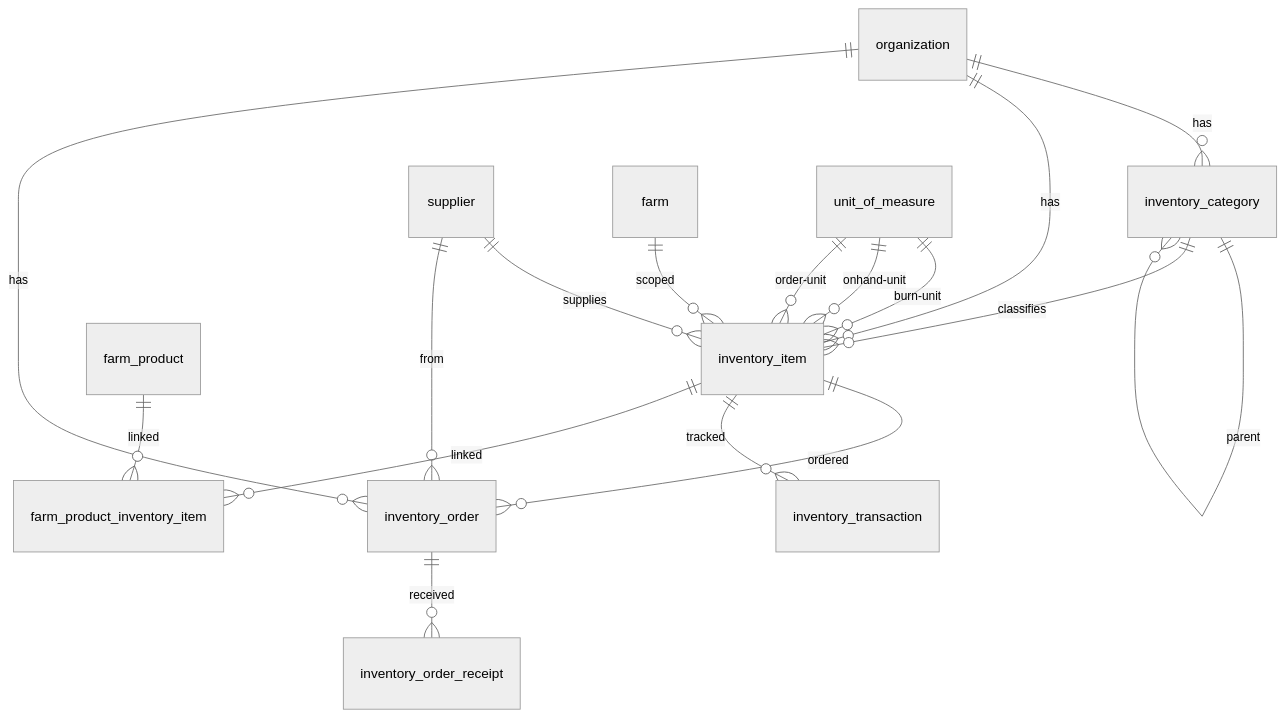
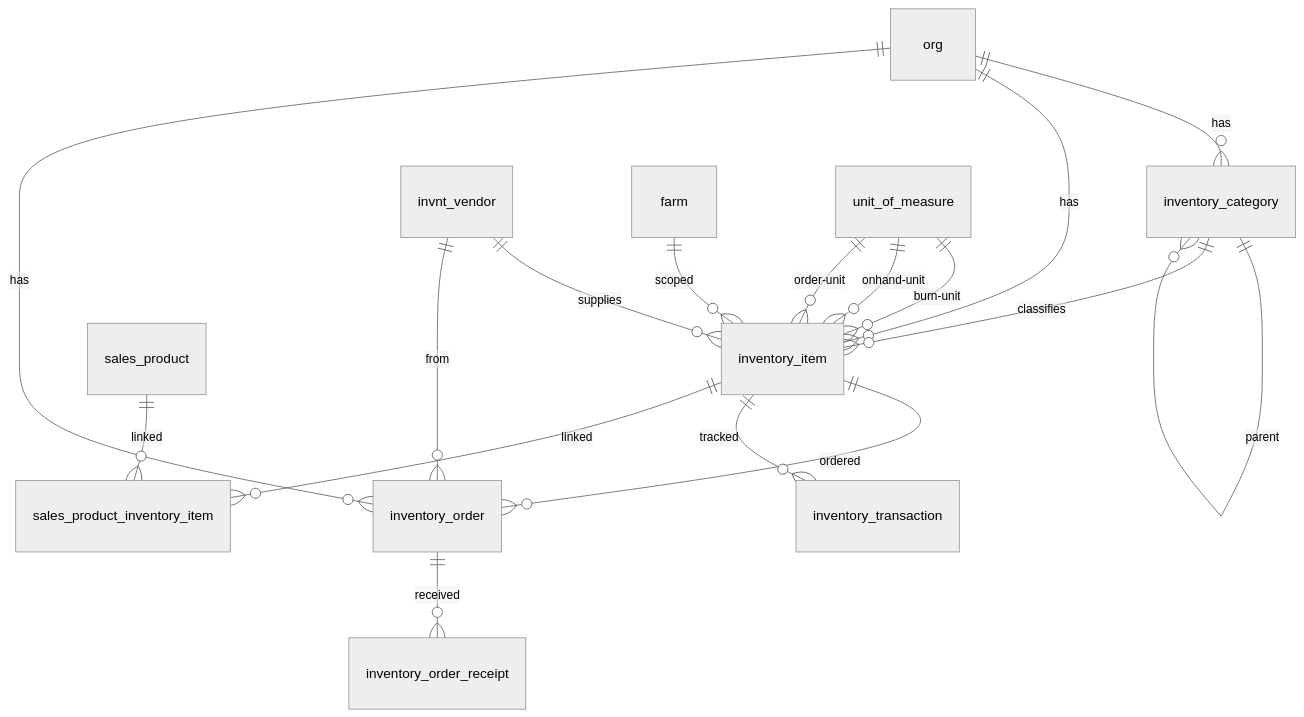
One commit to Hawaii-Farming/aloha-app changed the diagram in docs/schemas/inventory.md. Above: the diagram before and after it, drawn with Mermaid (neutral theme). The commit also changed other lines of this file and 25 other files, not shown here.

First line of the commit message:
Refactor core schema naming and add HR module

````diff
--- a/docs/schemas/inventory.md
+++ b/docs/schemas/inventory.md
@@ -7,19 +7,19 @@
 ```mermaid
 erDiagram
-    organization ||--o{ inventory_category : has
+    org ||--o{ inventory_category : has
     inventory_category ||--o{ inventory_category : parent
-    organization ||--o{ inventory_item : has
+    org ||--o{ inventory_item : has
     inventory_category ||--o{ inventory_item : classifies
-    supplier ||--o{ inventory_item : supplies
+    invnt_vendor ||--o{ inventory_item : supplies
     farm ||--o{ inventory_item : scoped
     unit_of_measure ||--o{ inventory_item : burn-unit
     unit_of_measure ||--o{ inventory_item : onhand-unit
     unit_of_measure ||--o{ inventory_item : order-unit
-    organization ||--o{ inventory_order : has
+    org ||--o{ inventory_order : has
     inventory_item ||--o{ inventory_order : ordered
-    supplier ||--o{ inventory_order : from
+    invnt_vendor ||--o{ inventory_order : from
     inventory_order ||--o{ inventory_order_receipt : received
     inventory_item ||--o{ inventory_transaction : tracked
-    farm_product ||--o{ farm_product_inventory_item : linked
-    inventory_item ||--o{ farm_product_inventory_item : linked
+    sales_product ||--o{ sales_product_inventory_item : linked
+    inventory_item ||--o{ sales_product_inventory_item : linked
 ```
````
